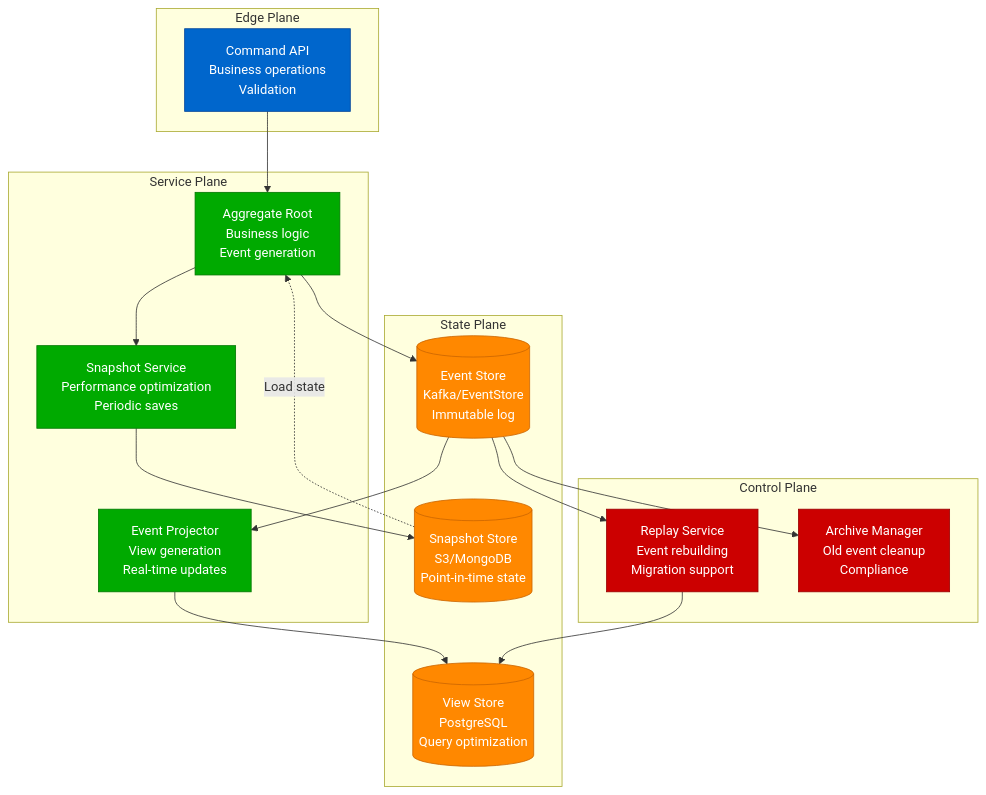
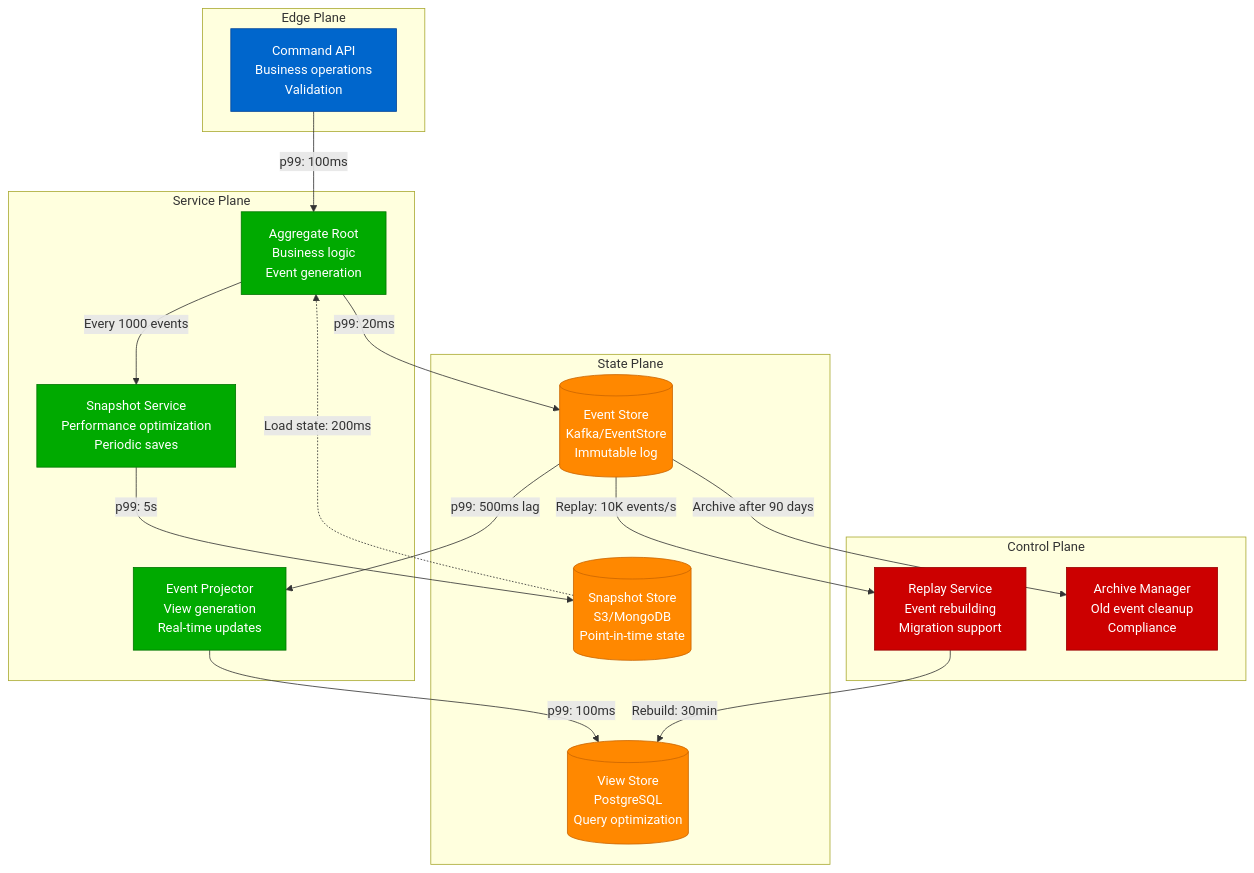
One commit to deepaucksharma/DS changed the seventh of 12 diagrams in site/docs/patterns/micro-patterns.md. Above: the diagram before and after it, drawn with Mermaid. The commit also changed other lines of this file and 108 other files, not shown here.

````diff
--- a/site/docs/patterns/micro-patterns.md
+++ b/site/docs/patterns/micro-patterns.md
@@ -449,51 +449,51 @@
 ```mermaid
 graph TB
     subgraph EdgePlane[Edge Plane]
         API[Command API<br/>Business operations<br/>Validation]
     end
 
     subgraph ServicePlane[Service Plane]
         AGGREGATE[Aggregate Root<br/>Business logic<br/>Event generation]
         PROJECTOR[Event Projector<br/>View generation<br/>Real-time updates]
         SNAPSHOTTER[Snapshot Service<br/>Performance optimization<br/>Periodic saves]
     end
 
     subgraph StatePlane[State Plane]
         EVENT_STORE[(Event Store<br/>Kafka/EventStore<br/>Immutable log)]
         SNAPSHOT_STORE[(Snapshot Store<br/>S3/MongoDB<br/>Point-in-time state)]
         VIEW_STORE[(View Store<br/>PostgreSQL<br/>Query optimization)]
     end
 
     subgraph ControlPlane[Control Plane]
         REPLAY[Replay Service<br/>Event rebuilding<br/>Migration support]
         ARCHIVE[Archive Manager<br/>Old event cleanup<br/>Compliance]
     end
 
     %% Command flow
-    API --> AGGREGATE
-    AGGREGATE --> EVENT_STORE
+    API -->|p99: 100ms| AGGREGATE
+    AGGREGATE -->|p99: 20ms| EVENT_STORE
 
     %% Event processing
-    EVENT_STORE --> PROJECTOR
-    PROJECTOR --> VIEW_STORE
+    EVENT_STORE -->|p99: 500ms lag| PROJECTOR
+    PROJECTOR -->|p99: 100ms| VIEW_STORE
 
     %% Snapshots
-    AGGREGATE --> SNAPSHOTTER
-    SNAPSHOTTER --> SNAPSHOT_STORE
-    SNAPSHOT_STORE -.->|Load state| AGGREGATE
+    AGGREGATE -->|Every 1000 events| SNAPSHOTTER
+    SNAPSHOTTER -->|p99: 5s| SNAPSHOT_STORE
+    SNAPSHOT_STORE -.->|Load state: 200ms| AGGREGATE
 
     %% Management
-    EVENT_STORE --> REPLAY
-    EVENT_STORE --> ARCHIVE
-    REPLAY --> VIEW_STORE
+    EVENT_STORE -->|Replay: 10K events/s| REPLAY
+    EVENT_STORE -->|Archive after 90 days| ARCHIVE
+    REPLAY -->|Rebuild: 30min| VIEW_STORE
 
     classDef edgeStyle fill:#0066CC,stroke:#004499,color:#fff
     classDef serviceStyle fill:#00AA00,stroke:#007700,color:#fff
     classDef stateStyle fill:#FF8800,stroke:#CC6600,color:#fff
     classDef controlStyle fill:#CC0000,stroke:#990000,color:#fff
 
     class API edgeStyle
     class AGGREGATE,PROJECTOR,SNAPSHOTTER serviceStyle
     class EVENT_STORE,SNAPSHOT_STORE,VIEW_STORE stateStyle
     class REPLAY,ARCHIVE controlStyle
 ```
````
